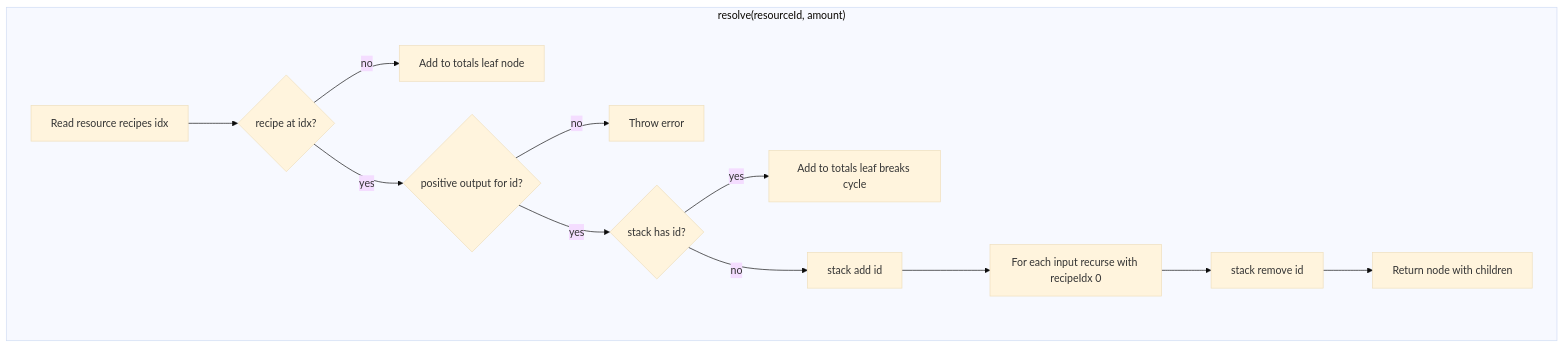
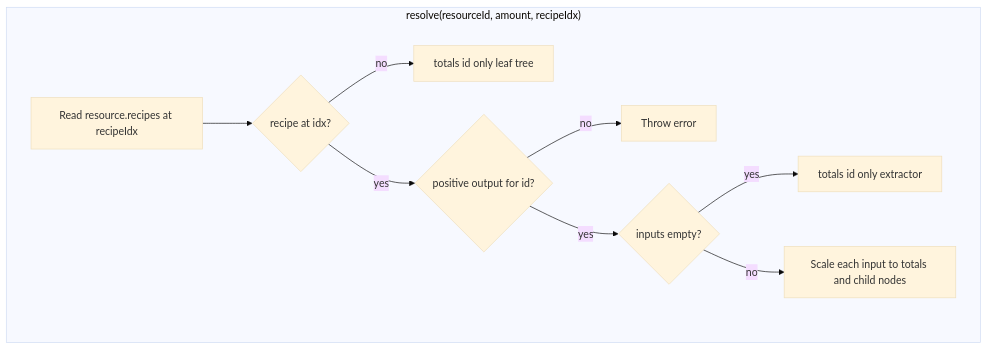
Before and after one commit to ben-shepherd/captain-of-industry-calculator: the diagram in docs/technical-calculator.md, drawn with Mermaid (base theme). The commit also changed other lines of this file and 5 other files, not shown here.

Commit message:
refactor(calculator): simplify resolver to handle direct inputs only

````diff
--- a/docs/technical-calculator.md
+++ b/docs/technical-calculator.md
@@ -21,16 +24,13 @@
 ```mermaid
 flowchart TD
-  subgraph resolverFlow ["resolve(resourceId, amount)"]
-    R[Read resource recipes idx]
+  subgraph resolveFlow ["resolve(resourceId, amount, recipeIdx)"]
+    R[Read resource.recipes at recipeIdx]
     R --> HasRecipe{recipe at idx?}
-    HasRecipe -->|no| Leaf[Add to totals leaf node]
+    HasRecipe -->|no| LeafRaw[totals id only leaf tree]
     HasRecipe -->|yes| OutputOk{positive output for id?}
     OutputOk -->|no| Err[Throw error]
-    OutputOk -->|yes| Cycle{stack has id?}
-    Cycle -->|yes| LeafCycle[Add to totals leaf breaks cycle]
-    Cycle -->|no| Push[stack add id]
-    Push --> Children[For each input recurse with recipeIdx 0]
-    Children --> Pop[stack remove id]
-    Pop --> Node[Return node with children]
+    OutputOk -->|yes| NoInputs{inputs empty?}
+    NoInputs -->|yes| LeafExt[totals id only extractor]
+    NoInputs -->|no| Direct[Scale each input to totals and child nodes]
   end
 ```
````
